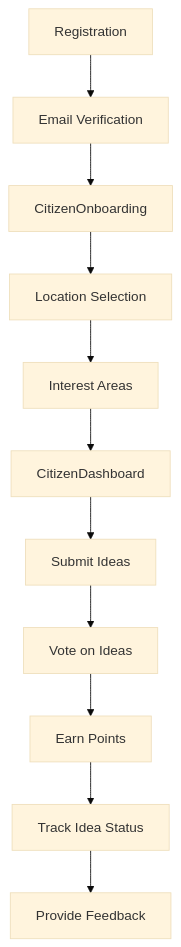
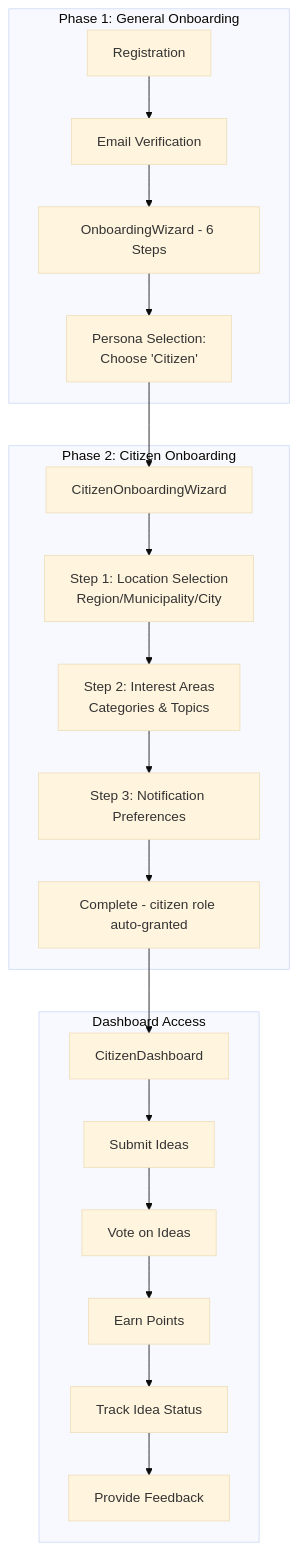
Before and after one commit to Qahtani1979/innovate-saudi: the first of 2 diagrams in docs/personas/CITIZEN_PERSONA.md, drawn with Mermaid (base theme). The commit also changed other lines of this file and 8 other files, not shown here.

````diff
--- a/docs/personas/CITIZEN_PERSONA.md
+++ b/docs/personas/CITIZEN_PERSONA.md
@@ -19,13 +19,25 @@
 ```mermaid
 graph TD
-    A[Registration] --> B[Email Verification]
-    B --> C[CitizenOnboarding]
-    C --> D[Location Selection]
-    D --> E[Interest Areas]
-    E --> F[CitizenDashboard]
-    F --> G[Submit Ideas]
-    G --> H[Vote on Ideas]
-    H --> I[Earn Points]
-    I --> J[Track Idea Status]
-    J --> K[Provide Feedback]
+    subgraph PHASE1["Phase 1: General Onboarding"]
+        A[Registration] --> B[Email Verification]
+        B --> C[OnboardingWizard - 6 Steps]
+        C --> D["Persona Selection:<br/>Choose 'Citizen'"]
+    end
+
+    subgraph PHASE2["Phase 2: Citizen Onboarding"]
+        D --> E[CitizenOnboardingWizard]
+        E --> F[Step 1: Location Selection<br/>Region/Municipality/City]
+        F --> G[Step 2: Interest Areas<br/>Categories & Topics]
+        G --> H[Step 3: Notification Preferences]
+        H --> I[Complete - citizen role auto-granted]
+    end
+
+    subgraph DASHBOARD["Dashboard Access"]
+        I --> J[CitizenDashboard]
+        J --> K[Submit Ideas]
+        K --> L[Vote on Ideas]
+        L --> M[Earn Points]
+        M --> N[Track Idea Status]
+        N --> O[Provide Feedback]
+    end
 ```
````
